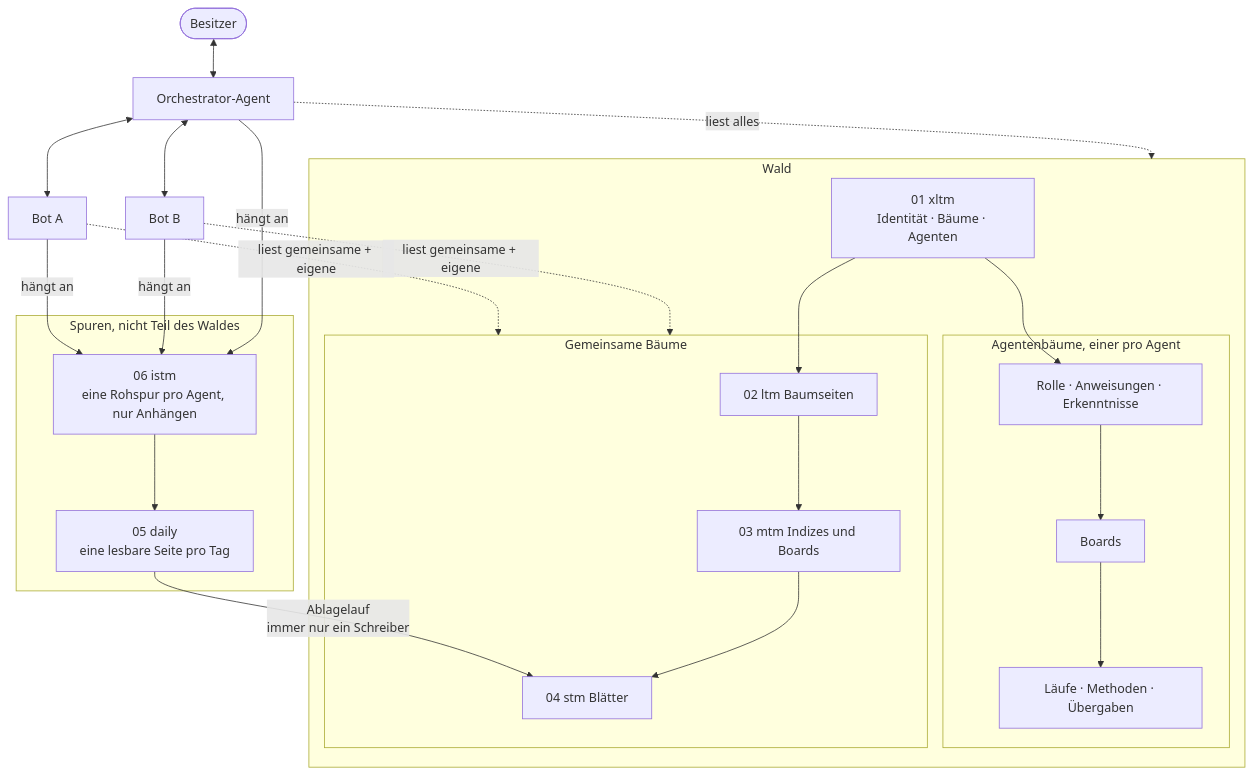
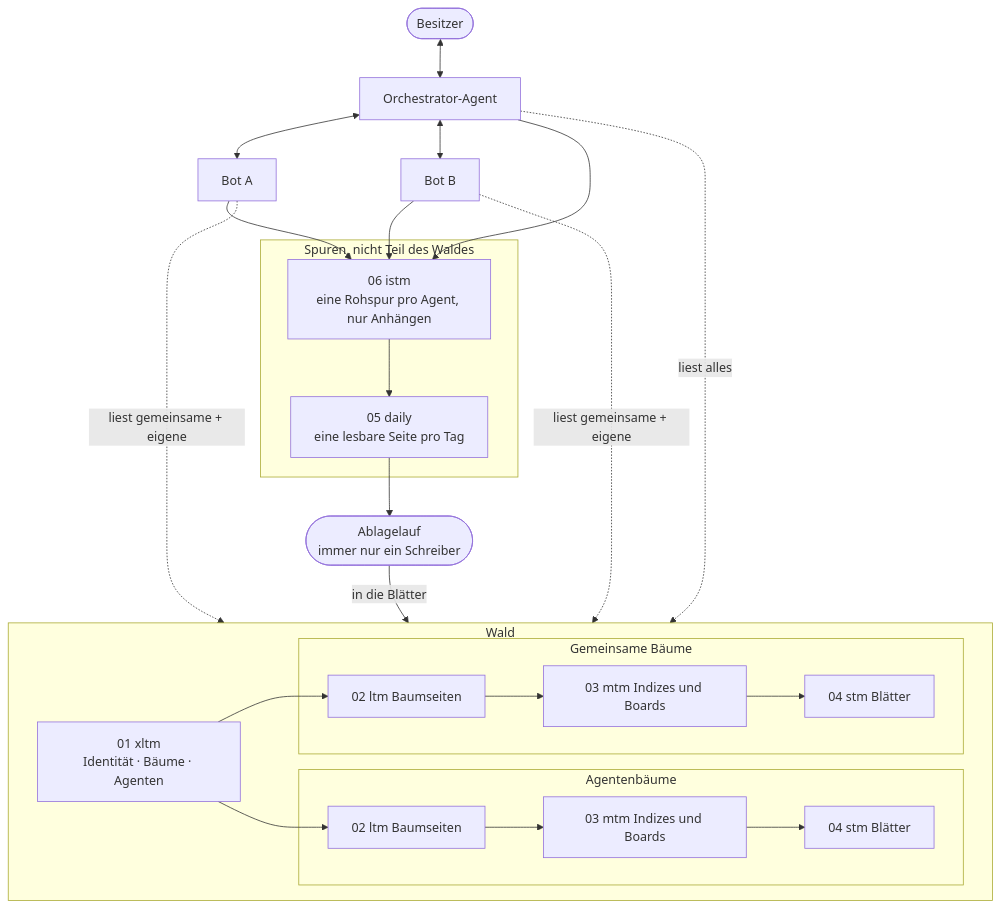
One commit to agent-memory-atlas-archive/hyungchulc--agent-memory-forest changed the first of 2 diagrams in README.de.md. Above: the diagram before and after it, drawn with Mermaid. The commit also changed other lines of this file and 11 other files, not shown here.

````diff
--- a/README.de.md
+++ b/README.de.md
@@ -172,34 +172,35 @@
 ```mermaid
 flowchart TB
     owner(["Besitzer"]) <--> hub["Orchestrator-Agent"]
     hub <--> botA["Bot A"]
     hub <--> botB["Bot B"]
 
     subgraph lanes ["Spuren, nicht Teil des Waldes"]
         istm["06 istm<br/>eine Rohspur pro Agent, nur Anhängen"]
         daily["05 daily<br/>eine lesbare Seite pro Tag"]
         istm --> daily
     end
 
-    hub -- "hängt an" --> istm
-    botA -- "hängt an" --> istm
-    botB -- "hängt an" --> istm
+    hub --> istm
+    botA --> istm
+    botB --> istm
 
-    daily -- "Ablagelauf<br/>immer nur ein Schreiber" --> stm
+    daily --> filing(["Ablagelauf<br/>immer nur ein Schreiber"])
+    filing -- "in die Blätter" --> forest
 
     subgraph forest ["Wald"]
         xltm["01 xltm<br/>Identität · Bäume · Agenten"]
+        subgraph own ["Agentenbäume"]
+            altm["02 ltm Baumseiten"] --> amtm["03 mtm Indizes und Boards"] --> astm["04 stm Blätter"]
+        end
         subgraph shared ["Gemeinsame Bäume"]
             ltm["02 ltm Baumseiten"] --> mtm["03 mtm Indizes und Boards"] --> stm["04 stm Blätter"]
-        end
-        subgraph own ["Agentenbäume, einer pro Agent"]
-            altm["Rolle · Anweisungen · Erkenntnisse"] --> amtm["Boards"] --> astm["Läufe · Methoden · Übergaben"]
         end
         xltm --> ltm
         xltm --> altm
     end
 
     hub -. "liest alles" .-> forest
-    botA -. "liest gemeinsame + eigene" .-> shared
-    botB -. "liest gemeinsame + eigene" .-> shared
+    botA -. "liest gemeinsame + eigene" .-> forest
+    botB -. "liest gemeinsame + eigene" .-> forest
 ```
````
